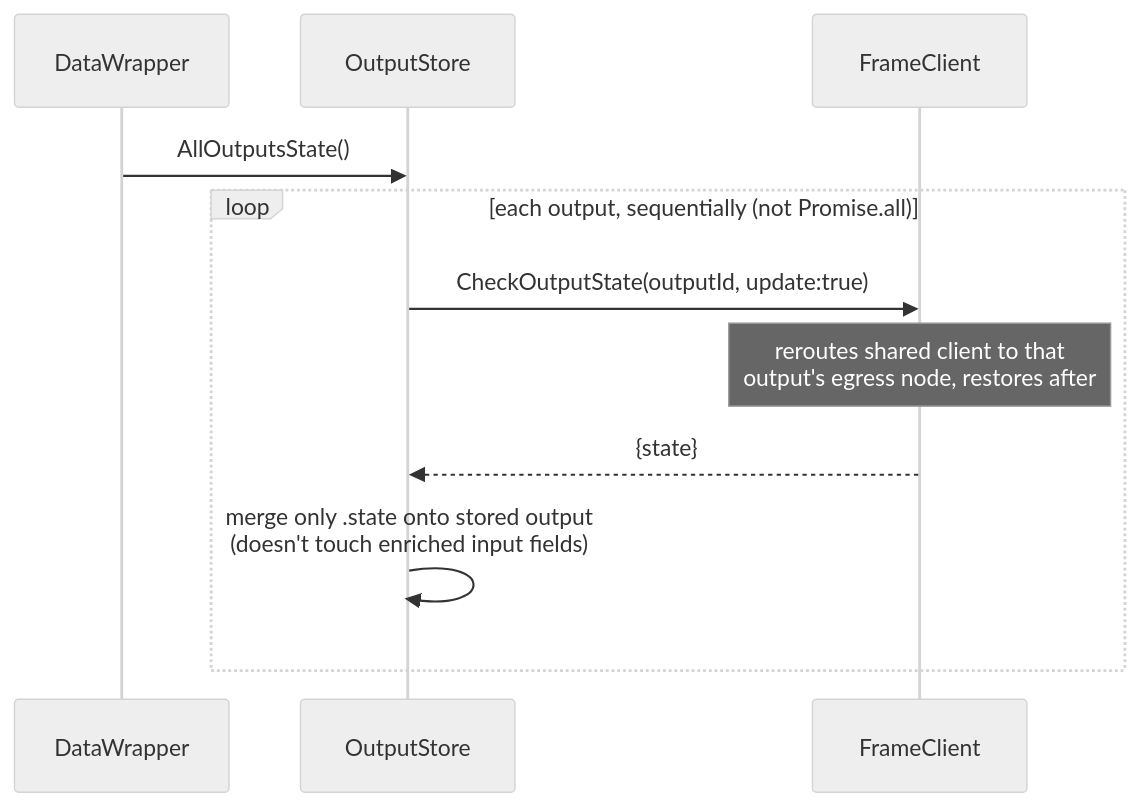
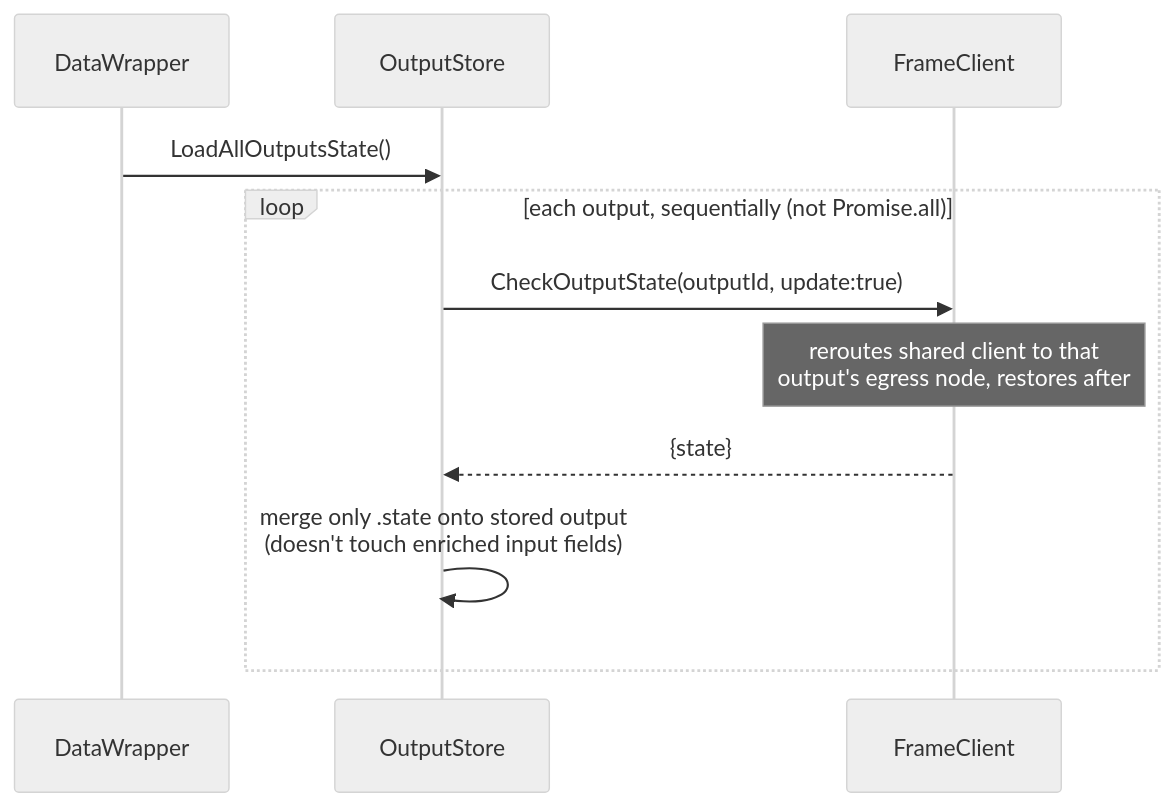
One commit to eluv-io/elv-live-stream changed the fifth of 5 diagrams in docs/diagrams/output-lifecycle.md. Above: the diagram before and after it, drawn with Mermaid (neutral theme). The commit also changed other lines of this file and 118 other files, not shown here.

````diff
--- a/docs/diagrams/output-lifecycle.md
+++ b/docs/diagrams/output-lifecycle.md
@@ -84,14 +84,14 @@
 ```mermaid
 sequenceDiagram
     participant DataWrapper
     participant OutputStore
     participant FrameClient
 
-    DataWrapper->>OutputStore: AllOutputsState()
+    DataWrapper->>OutputStore: LoadAllOutputsState()
     loop each output, sequentially (not Promise.all)
         OutputStore->>FrameClient: CheckOutputState(outputId, update:true)
         Note over FrameClient: reroutes shared client to that<br/>output's egress node, restores after
         FrameClient-->>OutputStore: {state}
         OutputStore->>OutputStore: merge only .state onto stored output<br/>(doesn't touch enriched input fields)
     end
 ```
````
